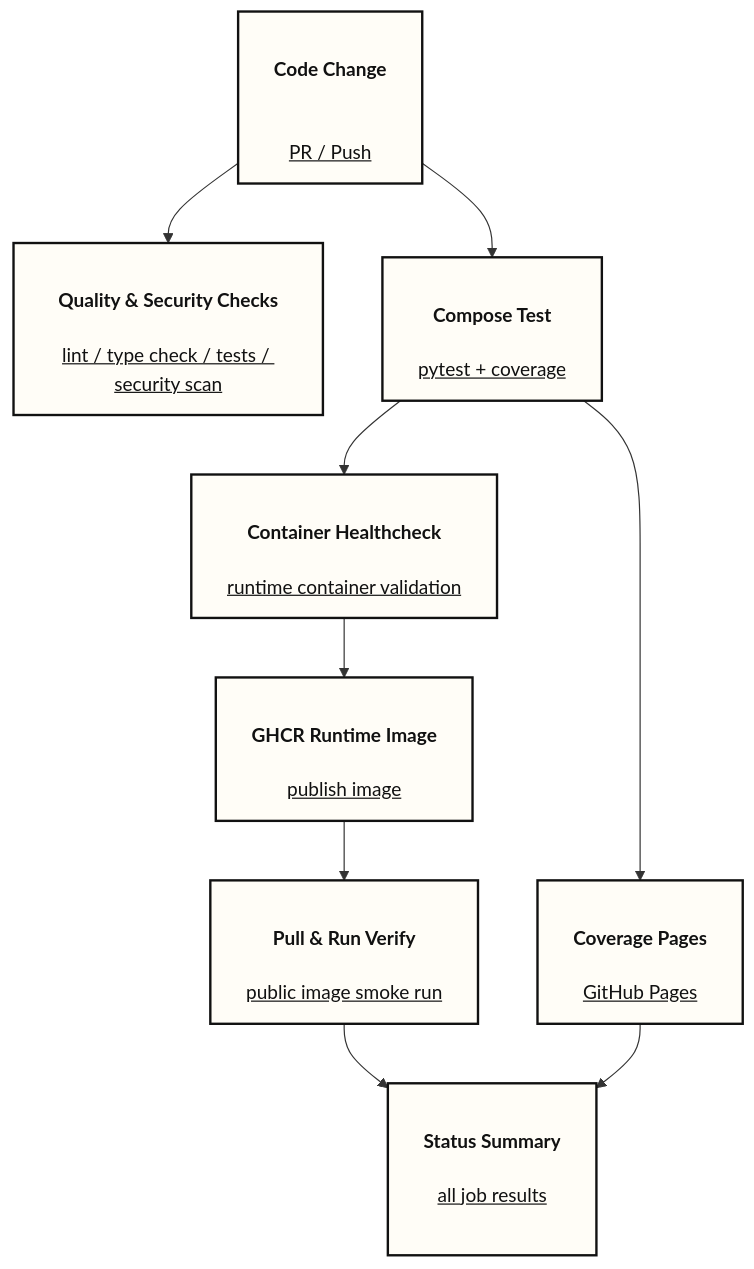
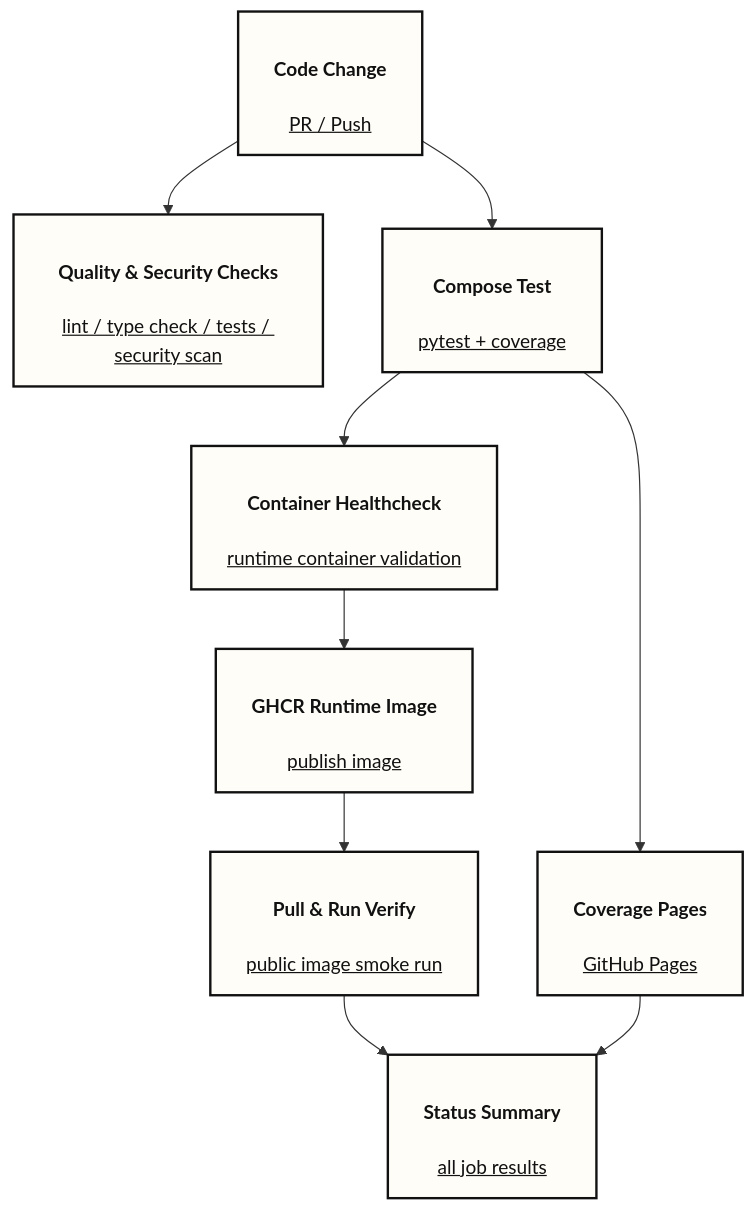
The second of 4 diagrams in README.md (yaoki-dev/api-test-devops-portfolio), drawn with Mermaid before and after one commit. The commit also changed other lines of this file, not shown here.

First line of the commit message:
docs(readme): mermaid図ノードの余剰改行を削除し幅を調整

````diff
--- a/README.md
+++ b/README.md
@@ -84,26 +84,25 @@
 ```mermaid
 flowchart TD
-    A["<h4>Code Change</h4><br/><u>PR / Push</u>"]
+    A["<h4>Code Change</h4><u>PR / Push</u>"]
 
     A --> B["<h4>Quality & Security Checks</h4><u>lint / type check / tests / security scan</u>"]
 
     A --> C["<h4>Compose Test</h4><u>pytest + coverage</u>"]
 
     C --> D["<h4>Coverage Pages</h4><u>GitHub Pages</u>"]
 
     C --> E["<h4>Container Healthcheck</h4><u>runtime container validation</u>"]
 
     E --> F["<h4>GHCR Runtime Image</h4><u>publish image</u>"]
 
     F --> G["<h4>Pull & Run Verify</h4><u>public image smoke run</u>"]
 
-    G --> H["<h4>Status Summary</h4><u>all job results</u>
-    <br/>"]
+    G --> H["<h4>Status Summary</h4><u>all job results</u>　"]
 
     D --> H
 
     classDef default fill:#F7F3EA,stroke:#111,stroke-width:1.5px,color:#111;
     classDef key fill:#FFFDF7,stroke:#111,stroke-width:2px,color:#111;
 
     class A,B,C,D,E,F,G,H key;
 ```
````
